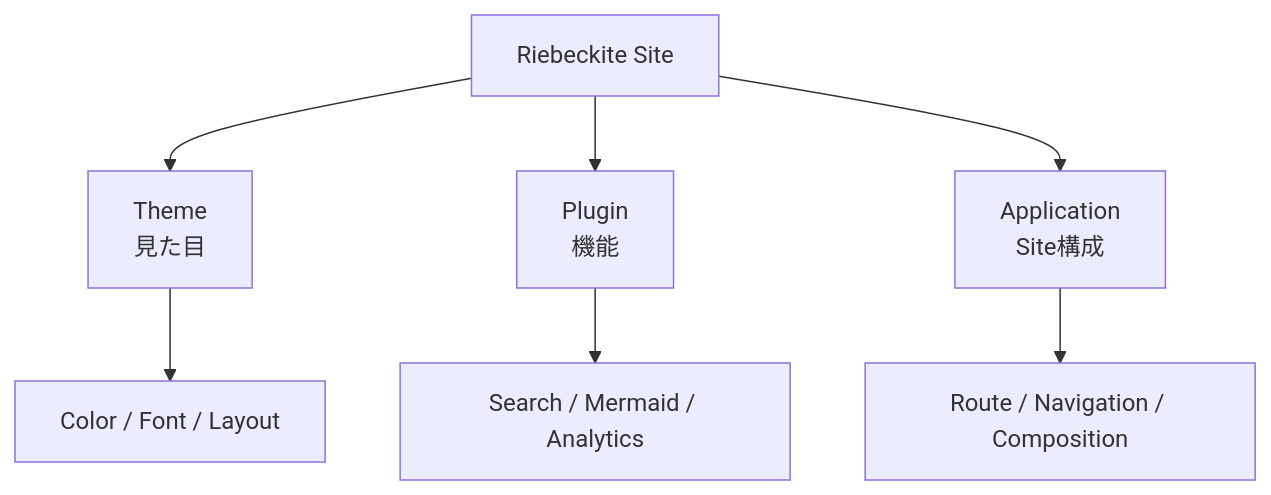
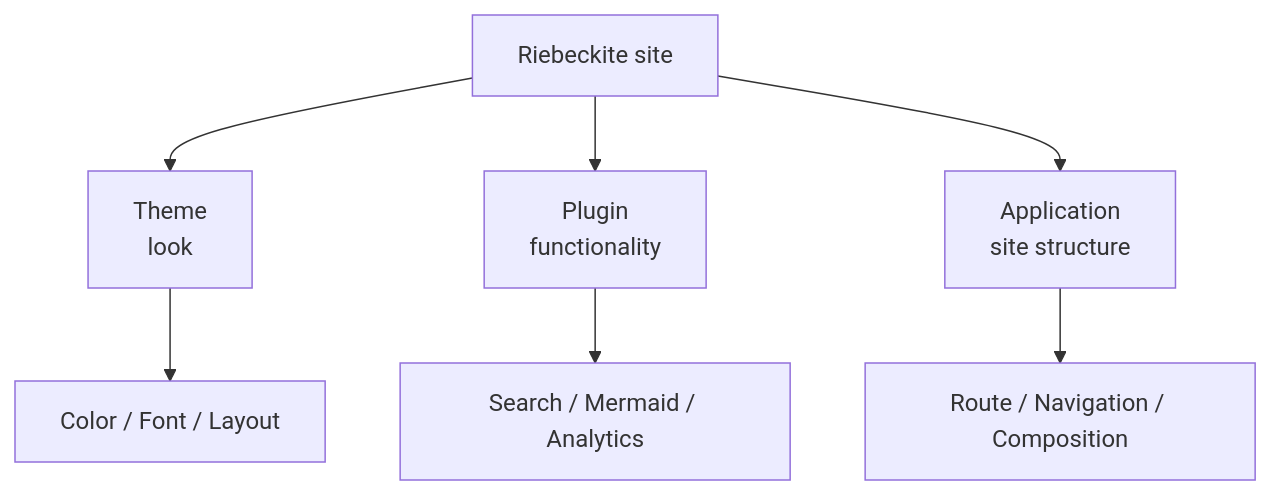
One commit to Rerurate514/riebeckite changed the fourth of 4 diagrams in docs/docs/themes/README.md. Above: the diagram before and after it, drawn with Mermaid. The commit also changed other lines of this file and 604 other files, not shown here.

````diff
--- a/docs/docs/themes/README.md
+++ b/docs/docs/themes/README.md
@@ -432,12 +385,12 @@
-```mermaid id="3yr4cd"
+```mermaid
 flowchart TD
-    Site["Riebeckite Site"]
+    Site["Riebeckite site"]
 
-    Site --> Theme["Theme<br/>見た目"]
-    Site --> Plugin["Plugin<br/>機能"]
-    Site --> App["Application<br/>Site構成"]
+    Site --> Theme["Theme<br/>look"]
+    Site --> Plugin["Plugin<br/>functionality"]
+    Site --> App["Application<br/>site structure"]
 
     Theme --> CSS["Color / Font / Layout"]
     Plugin --> Feature["Search / Mermaid / Analytics"]
     App --> Page["Route / Navigation / Composition"]
 ```
````
